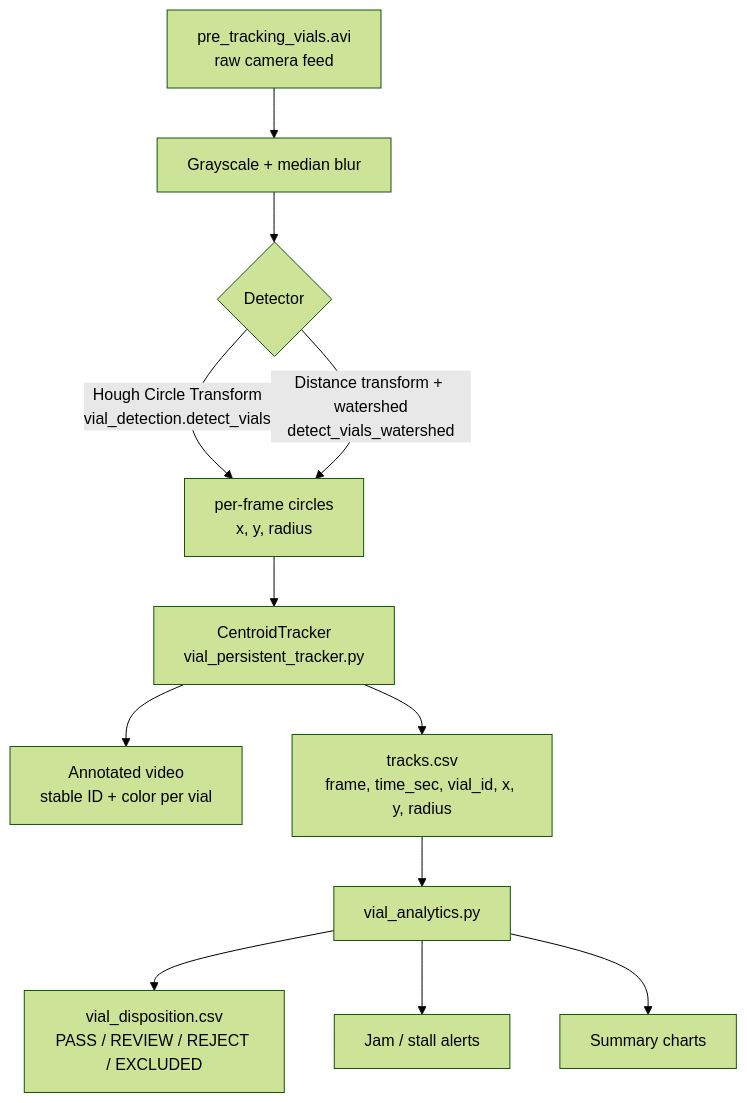
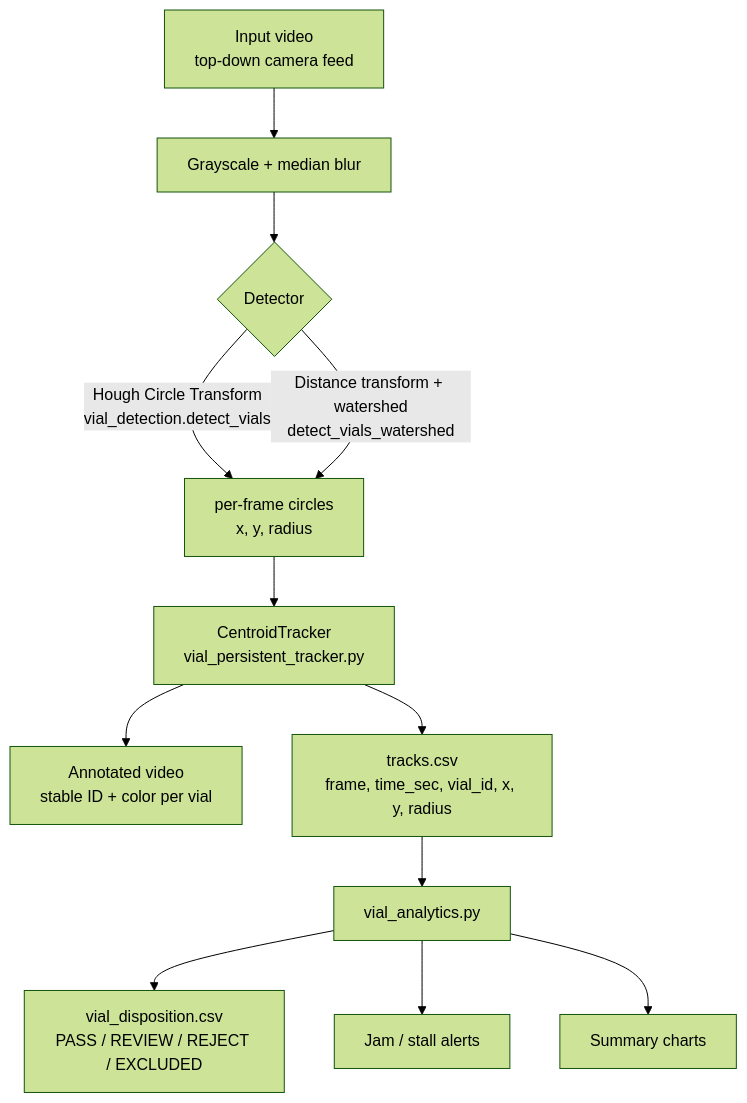
One commit to manuelbomi/Computer-Vision-based-Vial-Tracking-on-Industrial-Accumulator-Table changed the diagram in README.md. Above: the diagram before and after it, drawn with Mermaid (forest theme). The commit also changed other lines of this file and 15 other files, not shown here.

````diff
--- a/README.md
+++ b/README.md
@@ -85,14 +79,14 @@
 ```mermaid
 flowchart TD
-    A[pre_tracking_vials.avi<br/>raw camera feed] --> B[Grayscale + median blur]
+    A[Input video<br/>top-down camera feed] --> B[Grayscale + median blur]
     B --> C{Detector}
     C -->|Hough Circle Transform<br/>vial_detection.detect_vials| D[per-frame circles<br/>x, y, radius]
     C -->|Distance transform + watershed<br/>detect_vials_watershed| D
     D --> E[CentroidTracker<br/>vial_persistent_tracker.py]
     E --> F[Annotated video<br/>stable ID + color per vial]
     E --> G[tracks.csv<br/>frame, time_sec, vial_id, x, y, radius]
     G --> H[vial_analytics.py]
     H --> I[vial_disposition.csv<br/>PASS / REVIEW / REJECT / EXCLUDED]
     H --> J[Jam / stall alerts]
     H --> K[Summary charts]
 ```
````
